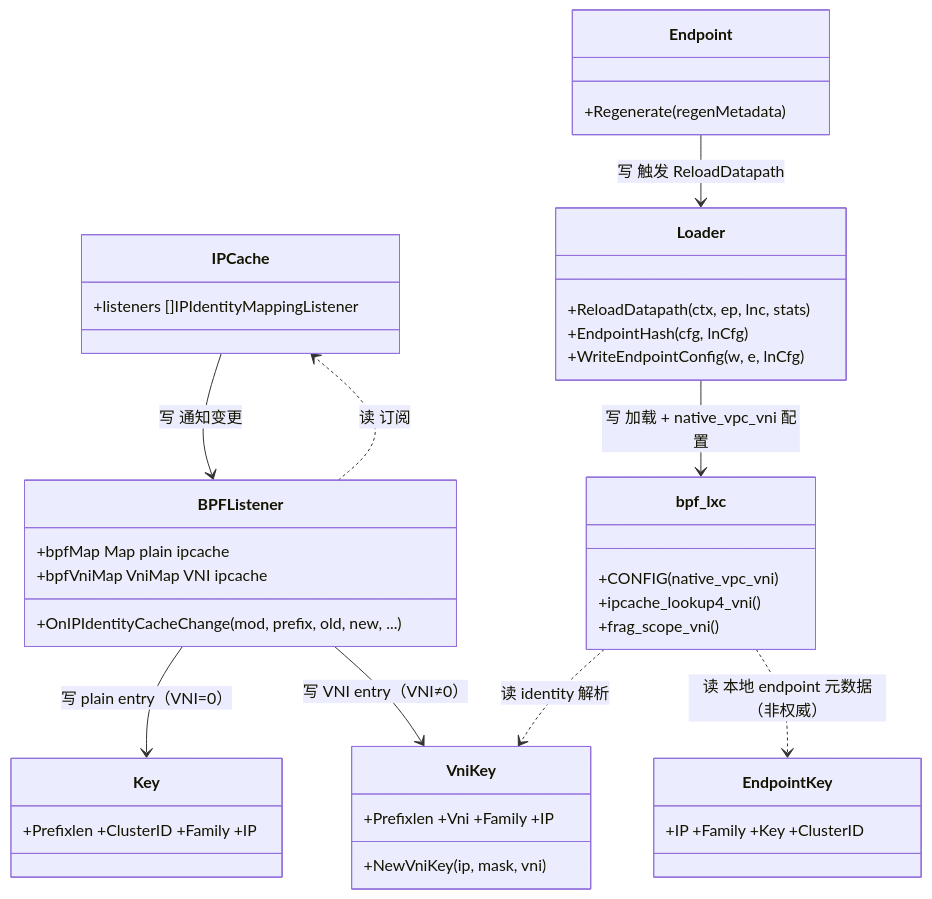
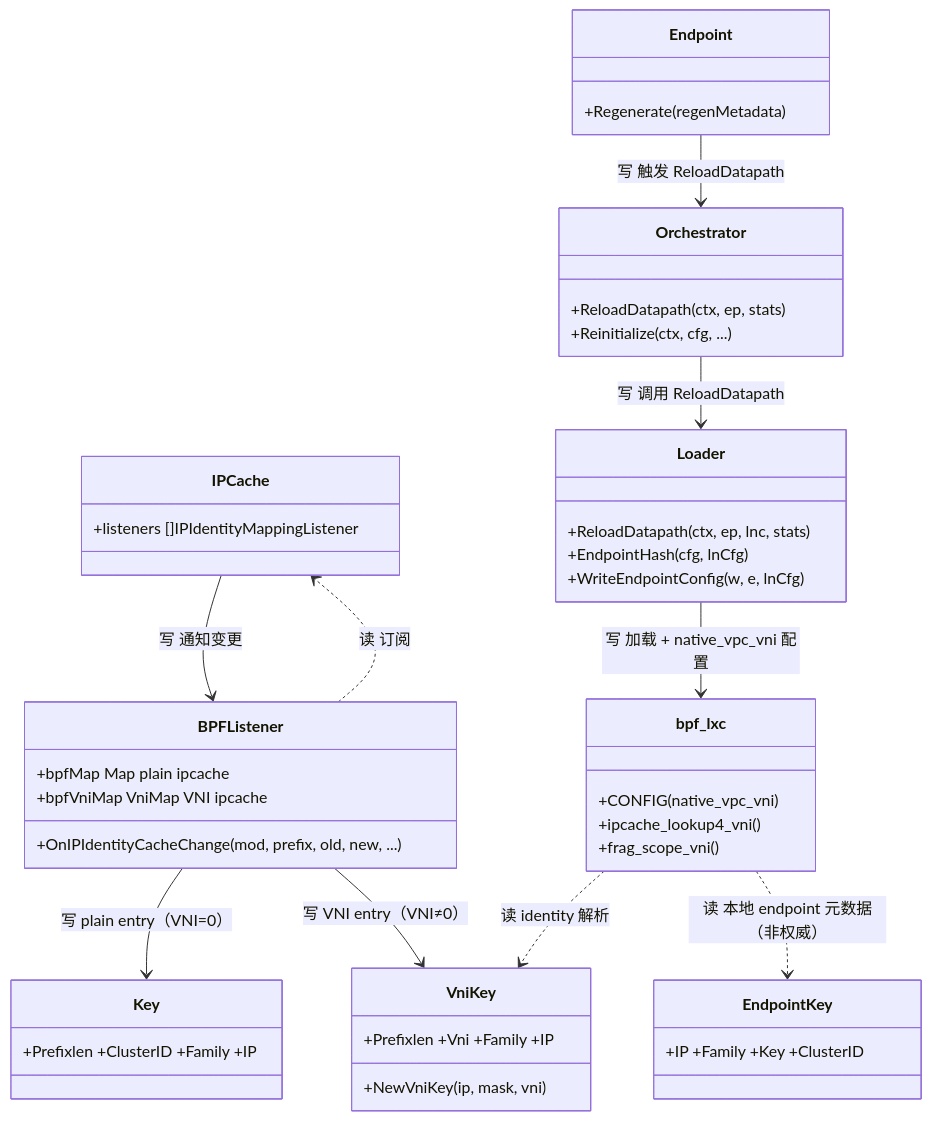
One commit to zbb88888/cilium-map-road changed the first of 2 diagrams in map/03-datapath-plane.md. Above: the diagram before and after it, drawn with Mermaid. The commit also changed other lines of this file and 3 other files, not shown here.

````diff
--- a/map/03-datapath-plane.md
+++ b/map/03-datapath-plane.md
@@ -23,43 +23,48 @@
 ```mermaid
 classDiagram
     class IPCache {
         +listeners []IPIdentityMappingListener
     }
     class BPFListener {
         +bpfMap Map   plain ipcache
         +bpfVniMap VniMap   VNI ipcache
         +OnIPIdentityCacheChange(mod, prefix, old, new, ...)
     }
     class VniKey {
         +Prefixlen +Vni +Family +IP
         +NewVniKey(ip, mask, vni)
     }
     class Key {
         +Prefixlen +ClusterID +Family +IP
     }
     class EndpointKey {
         +IP +Family +Key +ClusterID
     }
     class Loader {
         +ReloadDatapath(ctx, ep, lnc, stats)
         +EndpointHash(cfg, lnCfg)
         +WriteEndpointConfig(w, e, lnCfg)
     }
+    class Orchestrator {
+        +ReloadDatapath(ctx, ep, stats)
+        +Reinitialize(ctx, cfg, ...)
+    }
     class Endpoint {
         +Regenerate(regenMetadata)
     }
     class bpf_lxc {
         +CONFIG(native_vpc_vni)
         +ipcache_lookup4_vni()
         +frag_scope_vni()
     }
 
     IPCache --> BPFListener : 写 通知变更
     BPFListener ..> IPCache : 读 订阅
     BPFListener --> Key : 写 plain entry（VNI=0）
     BPFListener --> VniKey : 写 VNI entry（VNI≠0）
-    Endpoint --> Loader : 写 触发 ReloadDatapath
+    Endpoint --> Orchestrator : 写 触发 ReloadDatapath
+    Orchestrator --> Loader : 写 调用 ReloadDatapath
     Loader --> bpf_lxc : 写 加载 + native_vpc_vni 配置
     bpf_lxc ..> VniKey : 读 identity 解析
     bpf_lxc ..> EndpointKey : 读 本地 endpoint 元数据（非权威）
 ```
````
